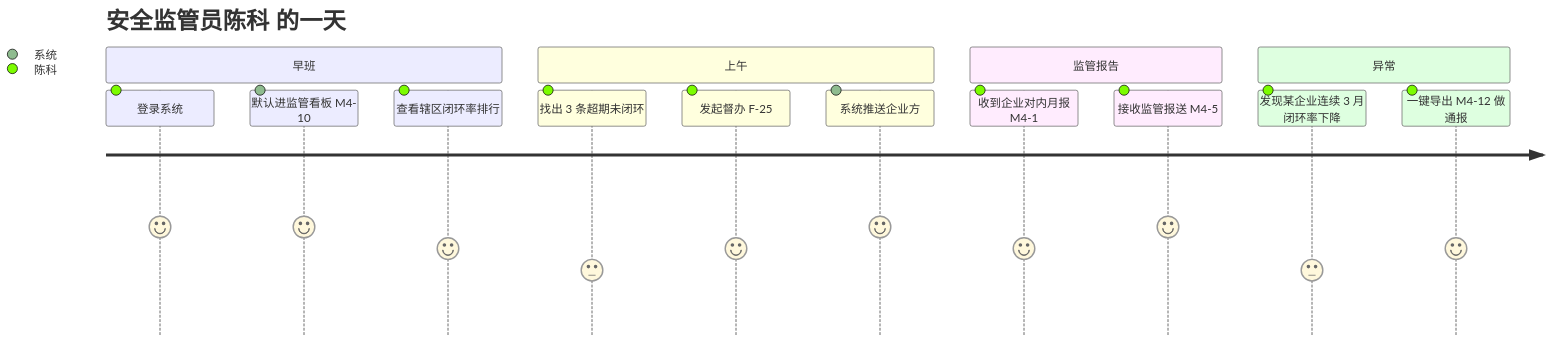
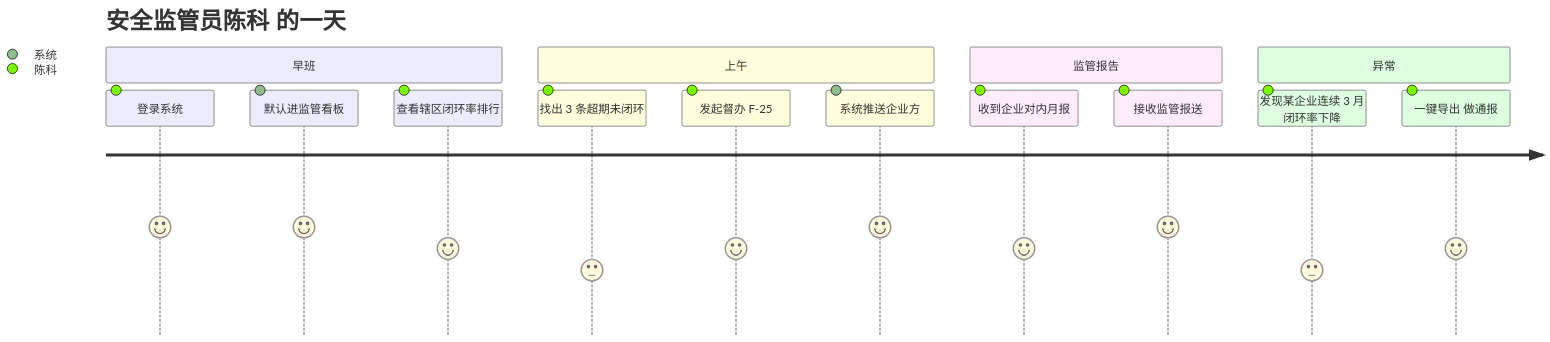
Before and after one commit to LiSunny/SaaS_Demo: the eighth of 8 diagrams in docs/隐患管理/biz-design-大纲.md, drawn with Mermaid. The commit also changed other lines of this file and 2 other files, not shown here.

````diff
--- a/docs/隐患管理/biz-design-大纲.md
+++ b/docs/隐患管理/biz-design-大纲.md
@@ -555,18 +534,18 @@
 ```mermaid
 journey
     title 安全监管员陈科 的一天
     section 早班
       登录系统: 5: 陈科
-      默认进监管看板 M4-10: 5: 系统
+      默认进监管看板: 5: 系统
       查看辖区闭环率排行: 4: 陈科
     section 上午
       找出 3 条超期未闭环: 3: 陈科
       发起督办 F-25: 4: 陈科
       系统推送企业方: 5: 系统
     section 监管报告
-      收到企业对内月报 M4-1: 4: 陈科
-      接收监管报送 M4-5: 5: 陈科
+      收到企业对内月报: 4: 陈科
+      接收监管报送: 5: 陈科
     section 异常
       发现某企业连续 3 月闭环率下降: 3: 陈科
-      一键导出 M4-12 做通报: 4: 陈科
+      一键导出 做通报: 4: 陈科
 ```
````
